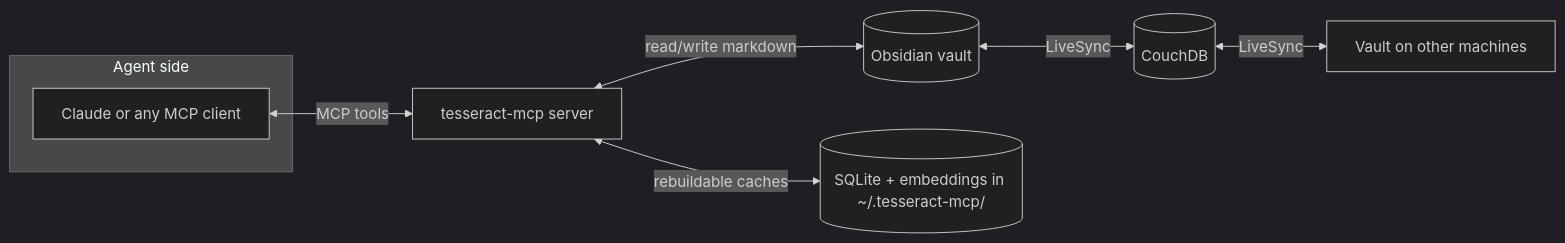
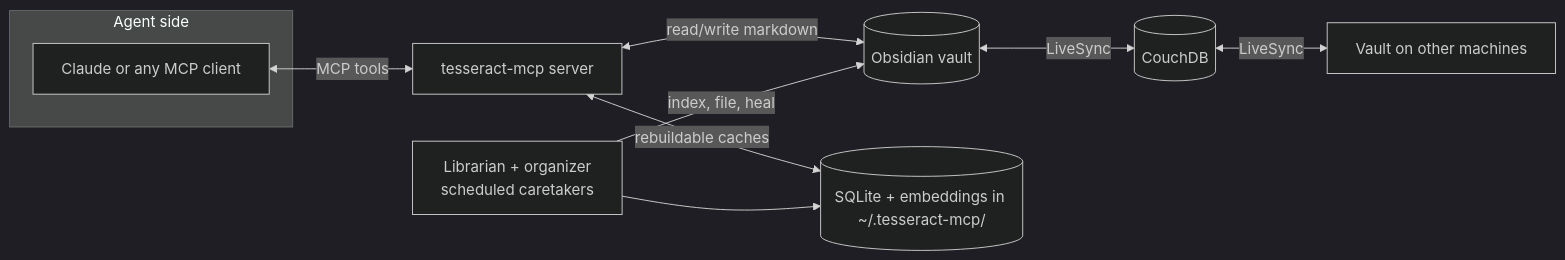
One commit to DeepExtrema/tesseract-mcp changed the first of 2 diagrams in README.md. Above: the diagram before and after it, drawn with Mermaid (dark theme). The commit also changed other lines of this file, not shown here.

Commit message:
docs(readme): retrieval pipeline diagram, caretaker layer, measured eval scorecard

````diff
--- a/README.md
+++ b/README.md
@@ -14,11 +14,13 @@
 ```mermaid
 flowchart LR
     subgraph Agent side
         C[Claude or any MCP client]
     end
     C <-->|MCP tools| S[tesseract-mcp server]
     S <-->|read/write markdown| V[(Obsidian vault)]
     S <-->|rebuildable caches| Q[(SQLite + embeddings in ~/.tesseract-mcp/)]
+    L[Librarian + organizer<br/>scheduled caretakers] -->|index, file, heal| V
+    L --> Q
     V <-->|LiveSync| DB[(CouchDB)]
     DB <-->|LiveSync| M2[Vault on other machines]
 ```
````
